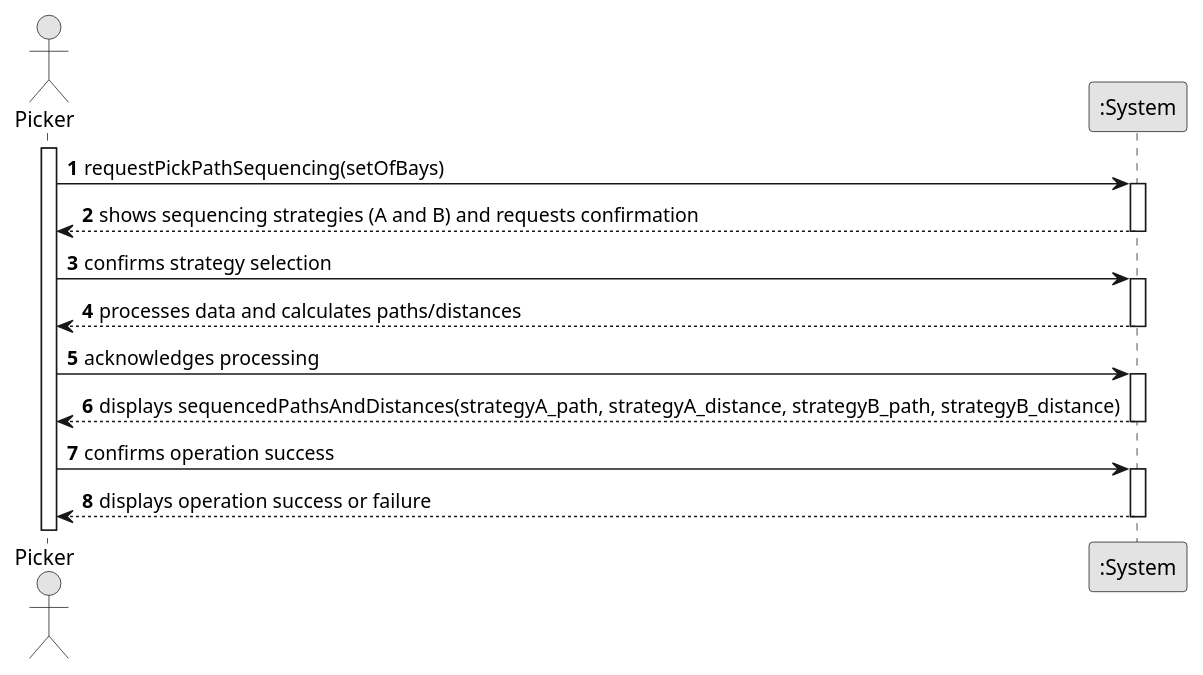
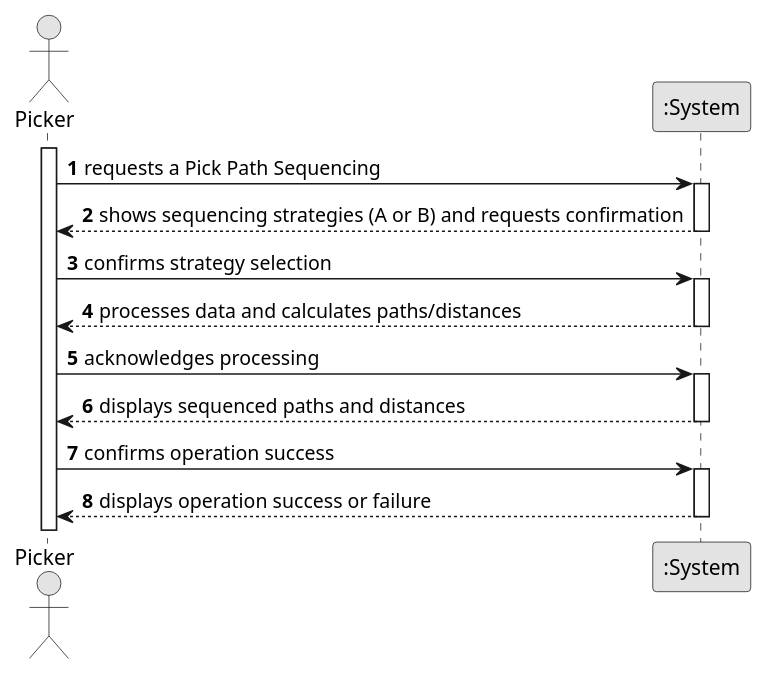
Before and after one commit to AfonsoMachado1892/Logistics-on-Rails: the diagram in defenitive-structure/docs/system-documentation/esinf-us/USEI04/01.requirements-engineering/puml/USEI04-SSD.puml, drawn with PlantUML. The commit also changed 1 other file, not shown here.

```diff
--- a/defenitive-structure/docs/system-documentation/esinf-us/USEI04/01.requirements-engineering/puml/USEI04-SSD.puml
+++ b/defenitive-structure/docs/system-documentation/esinf-us/USEI04/01.requirements-engineering/puml/USEI04-SSD.puml
@@ -1,37 +1,37 @@
 @startuml
 skinparam monochrome true
 skinparam packageStyle rectangle
 skinparam shadowing false
 
 autonumber
 
 actor "Picker" as Picker
 participant ":System" as System
 
 activate Picker
 
-    Picker -> System : requestPickPathSequencing(setOfBays)
+    Picker -> System : requests a Pick Path Sequencing
     activate System
 
-        System --> Picker : shows sequencing strategies (A and B) and requests confirmation
+        System --> Picker : shows sequencing strategies (A or B) and requests confirmation
     deactivate System
 
     Picker -> System : confirms strategy selection
     activate System
 
         System --> Picker : processes data and calculates paths/distances
     deactivate System
 
     Picker -> System : acknowledges processing
     activate System
 
-        System --> Picker : displays sequencedPathsAndDistances(strategyA_path, strategyA_distance, strategyB_path, strategyB_distance)
+        System --> Picker : displays sequenced paths and distances
     deactivate System
 
     Picker -> System : confirms operation success
     activate System
 
         System --> Picker : displays operation success or failure
     deactivate System
 
 @enduml
```
